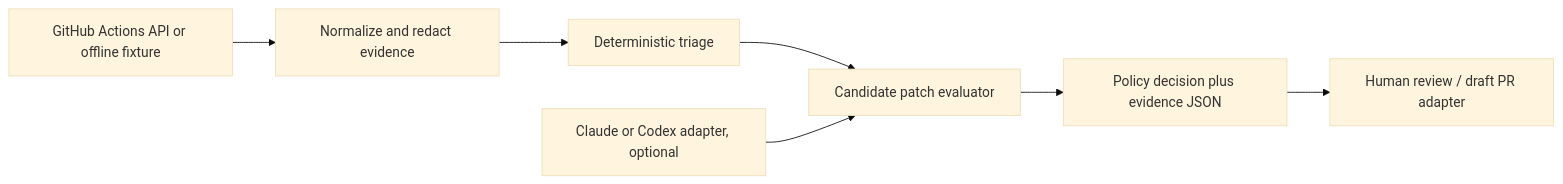
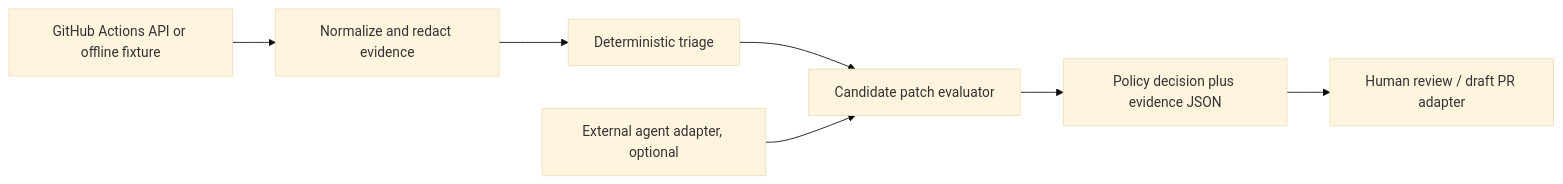
Before and after one commit to berttoli/ubuntu-image-factory-management: the diagram in docs/portfolio/agentic-platform-engineering-plan.md, drawn with Mermaid (base theme). The commit also changed other lines of this file and 12 other files, not shown here.

````diff
--- a/docs/portfolio/agentic-platform-engineering-plan.md
+++ b/docs/portfolio/agentic-platform-engineering-plan.md
@@ -11,9 +11,9 @@
 ```mermaid
 flowchart LR
     A[GitHub Actions API or offline fixture] --> N[Normalize and redact evidence]
     N --> C[Deterministic triage]
     C --> E[Candidate patch evaluator]
     E --> P[Policy decision plus evidence JSON]
     P --> R[Human review / draft PR adapter]
-    G[Claude or Codex adapter, optional] --> E
+    G[External agent adapter, optional] --> E
 ```
````
